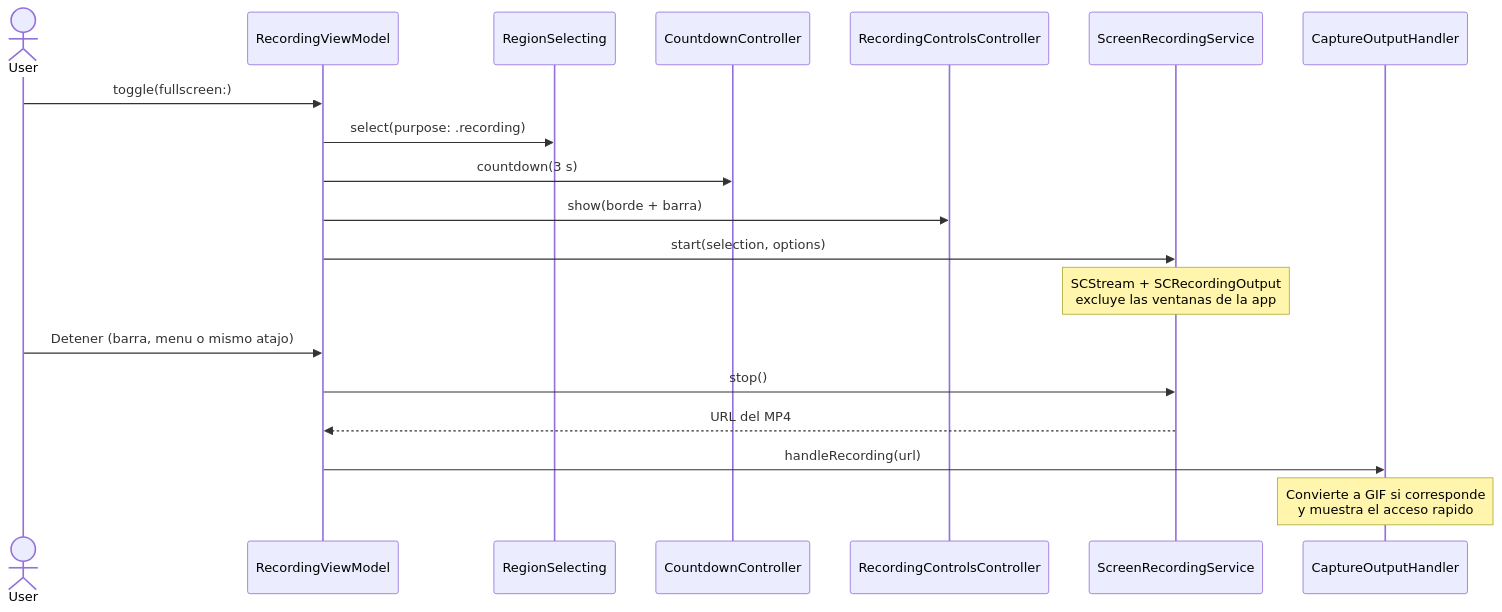
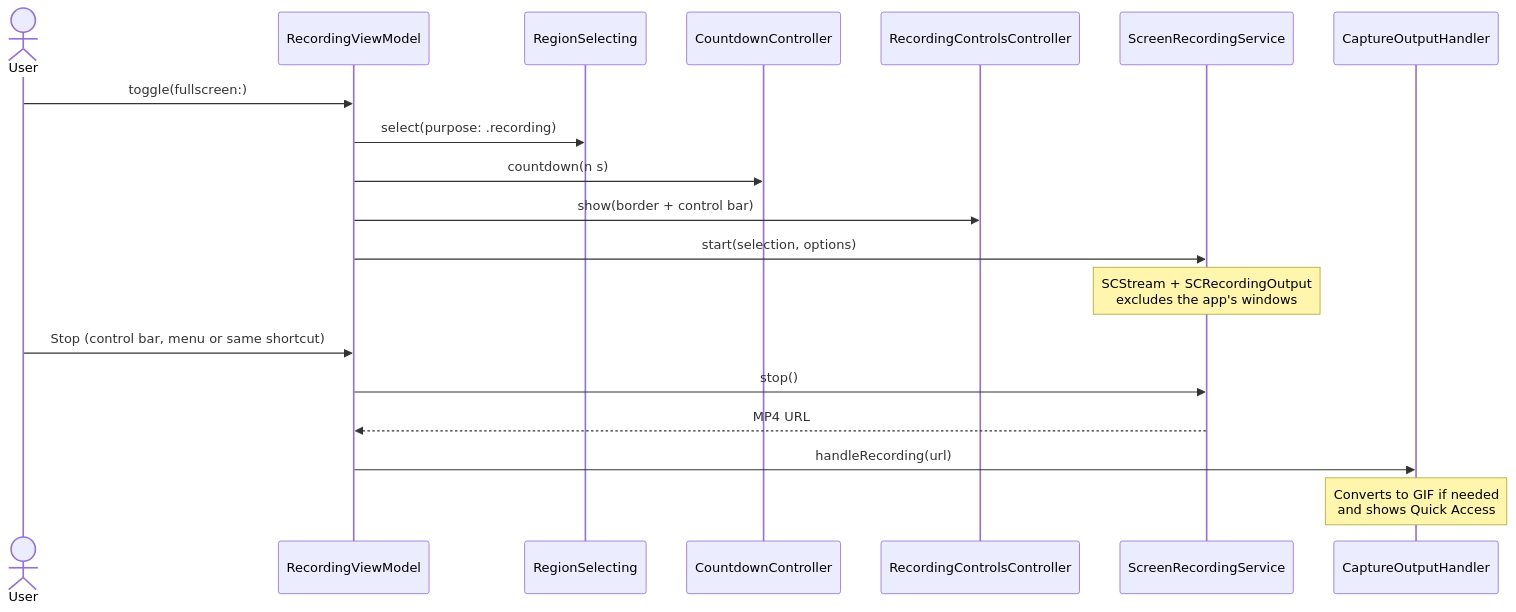
One commit to Osmait/sb-shot changed the third of 3 diagrams in ARCHITECTURE.md. Above: the diagram before and after it, drawn with Mermaid. The commit also changed other lines of this file and 12 other files, not shown here.

````diff
--- a/ARCHITECTURE.md
+++ b/ARCHITECTURE.md
@@ -129,22 +159,22 @@
 ```mermaid
 sequenceDiagram
     actor User
     participant RecVM as RecordingViewModel
     participant Selector as RegionSelecting
     participant Countdown as CountdownController
     participant Controls as RecordingControlsController
     participant Recorder as ScreenRecordingService
     participant Output as CaptureOutputHandler
 
     User->>RecVM: toggle(fullscreen:)
     RecVM->>Selector: select(purpose: .recording)
-    RecVM->>Countdown: countdown(3 s)
-    RecVM->>Controls: show(borde + barra)
+    RecVM->>Countdown: countdown(n s)
+    RecVM->>Controls: show(border + control bar)
     RecVM->>Recorder: start(selection, options)
-    Note over Recorder: SCStream + SCRecordingOutput<br/>excluye las ventanas de la app
-    User->>RecVM: Detener (barra, menu o mismo atajo)
+    Note over Recorder: SCStream + SCRecordingOutput<br/>excludes the app's windows
+    User->>RecVM: Stop (control bar, menu or same shortcut)
     RecVM->>Recorder: stop()
-    Recorder-->>RecVM: URL del MP4
+    Recorder-->>RecVM: MP4 URL
     RecVM->>Output: handleRecording(url)
-    Note over Output: Convierte a GIF si corresponde<br/>y muestra el acceso rapido
+    Note over Output: Converts to GIF if needed<br/>and shows Quick Access
 ```
````
